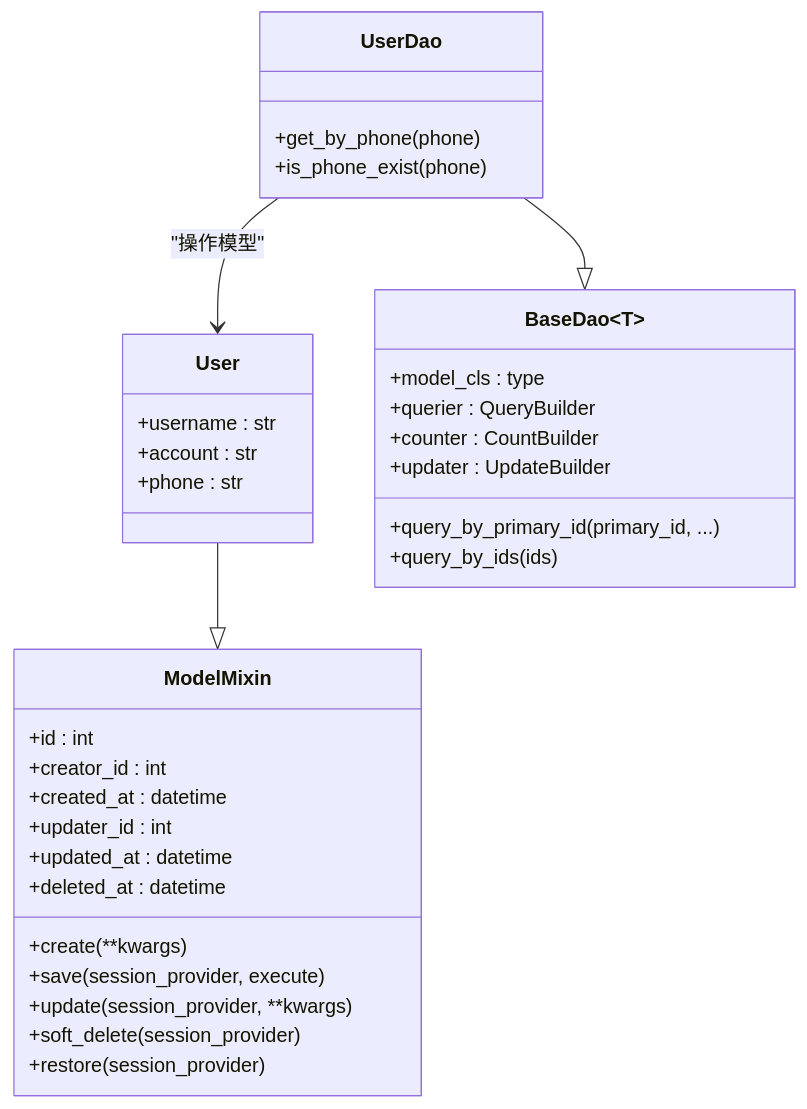
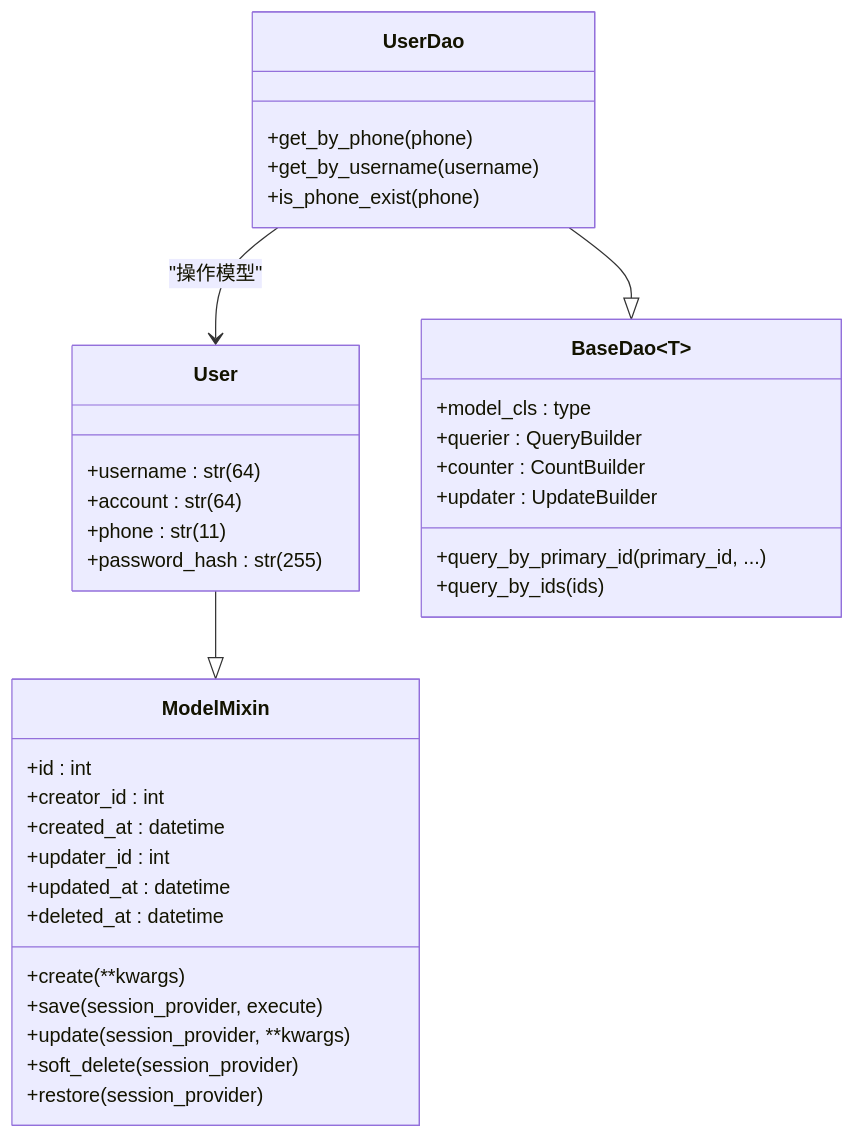
The fourth of 9 diagrams in .qoder/repowiki/zh/content/数据模型/数据验证规则.md (lilinzezzzzzz/fastapi-backend), drawn with Mermaid before and after one commit. The commit also changed other lines of this file and 38 other files, not shown here.

````diff
--- a/.qoder/repowiki/zh/content/数据模型/数据验证规则.md
+++ b/.qoder/repowiki/zh/content/数据模型/数据验证规则.md
@@ -224,36 +276,38 @@
 ```mermaid
 classDiagram
 class ModelMixin {
 +id : int
 +creator_id : int
 +created_at : datetime
 +updater_id : int
 +updated_at : datetime
 +deleted_at : datetime
 +create(**kwargs)
 +save(session_provider, execute)
 +update(session_provider, **kwargs)
 +soft_delete(session_provider)
 +restore(session_provider)
 }
 class User {
-+username : str
-+account : str
-+phone : str
++username : str(64)
++account : str(64)
++phone : str(11)
++password_hash : str(255)
 }
 class BaseDao~T~ {
 +model_cls : type
 +querier : QueryBuilder
 +counter : CountBuilder
 +updater : UpdateBuilder
 +query_by_primary_id(primary_id, ...)
 +query_by_ids(ids)
 }
 class UserDao {
 +get_by_phone(phone)
++get_by_username(username)
 +is_phone_exist(phone)
 }
 User --|> ModelMixin
 UserDao --|> BaseDao
 UserDao --> User : "操作模型"
 ```
````
